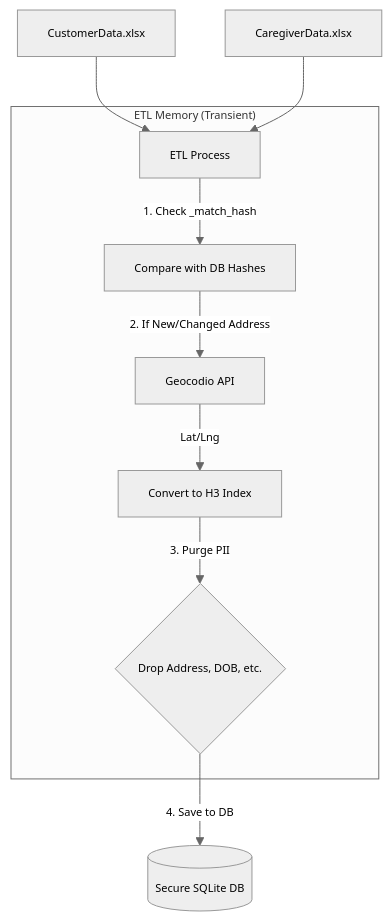
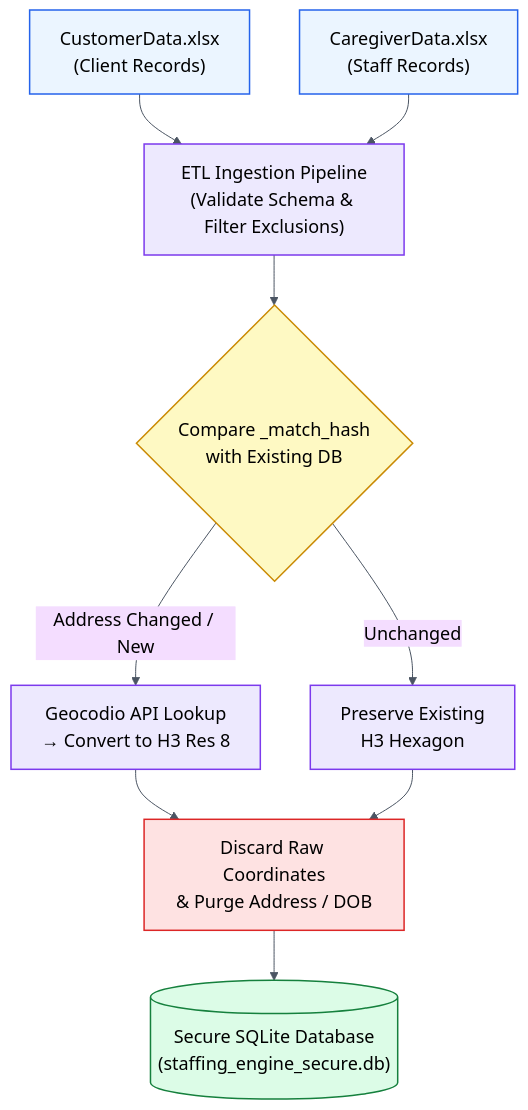
The diagram in workflows/Figure 7-1.md (the-write-path-code/ch07-proactive-event-driven-agents), drawn with Mermaid before and after one commit. The commit also changed 1 other file, not shown here.

Commit message:
Optimize workflow diagrams for Wiley-IEEE production standards

````diff
--- a/workflows/Figure 7-1.md
+++ b/workflows/Figure 7-1.md
@@ -3,26 +3,28 @@
 ```mermaid
-%%{init: {"theme": "neutral", "themeVariables": {"fontFamily": "Arial, Helvetica, sans-serif", "fontSize": "11px", "actorFontSize": "11px", "noteFontSize": "10px", "messageFontSize": "10px"}}}%%
+%%{init: {"theme": "base", "themeVariables": {"fontFamily": "Arial, Helvetica, sans-serif", "fontSize": "18px", "primaryTextColor": "#000000", "lineColor": "#4B5563"}}}%%
 flowchart TD
-    CUST["CustomerData.xlsx"]:::nodeStyle
-    CAREGIVER["CaregiverData.xlsx"]:::nodeStyle
+    CUST["CustomerData.xlsx<br/>(Client Records)"] --> PROC["ETL Ingestion Pipeline<br/>(Validate Schema & Filter Exclusions)"]
+    CAREGIVER["CaregiverData.xlsx<br/>(Staff Records)"] --> PROC
 
-    subgraph ETL ["ETL Memory (Transient)"]
-        ETL_PROC["ETL Process"]:::nodeStyle
-        COMP["Compare with DB Hashes"]:::nodeStyle
-        GEO["Geocodio API"]:::nodeStyle
-        H3["Convert to H3 Index"]:::nodeStyle
-        PURGE{"Drop Address, DOB, etc."}:::nodeStyle
+    PROC --> COMP{"Compare _match_hash<br/>with Existing DB"}
 
-        ETL_PROC -->|"1. Check _match_hash"| COMP
-        COMP -->|"2. If New/Changed Address"| GEO
-        GEO -->|"Lat/Lng"| H3
-        H3 -->|"3. Purge PII"| PURGE
-    end
+    COMP -->|"Address Changed / New"| GEO["Geocodio API Lookup<br/>→ Convert to H3 Res 8"]
+    COMP -->|"Unchanged"| PRESERVE["Preserve Existing<br/>H3 Hexagon"]
 
-    CUST --> ETL_PROC
-    CAREGIVER --> ETL_PROC
+    GEO --> PURGE["Discard Raw Coordinates<br/>& Purge Address / DOB"]
+    PRESERVE --> PURGE
 
-    DB[("Secure SQLite DB")]:::dbStyle
-    PURGE -->|"4. Save to DB"| DB
+    PURGE --> DB[("Secure SQLite Database<br/>(staffing_engine_secure.db)")]
 
+    classDef input fill:#EBF5FF,stroke:#2563EB,color:#000000,stroke-width:1.5px
+    classDef proc fill:#EDE9FE,stroke:#7C3AED,color:#000000,stroke-width:1.5px
+    classDef check fill:#FEF9C3,stroke:#CA8A04,color:#000000,stroke-width:1.5px
+    classDef purge fill:#FEE2E2,stroke:#DC2626,color:#000000,stroke-width:1.5px
+    classDef db fill:#DCFCE7,stroke:#15803D,color:#000000,stroke-width:1.5px
+
+    class CUST,CAREGIVER input
+    class PROC,GEO,PRESERVE proc
+    class COMP check
+    class PURGE purge
+    class DB db
 ```
````
